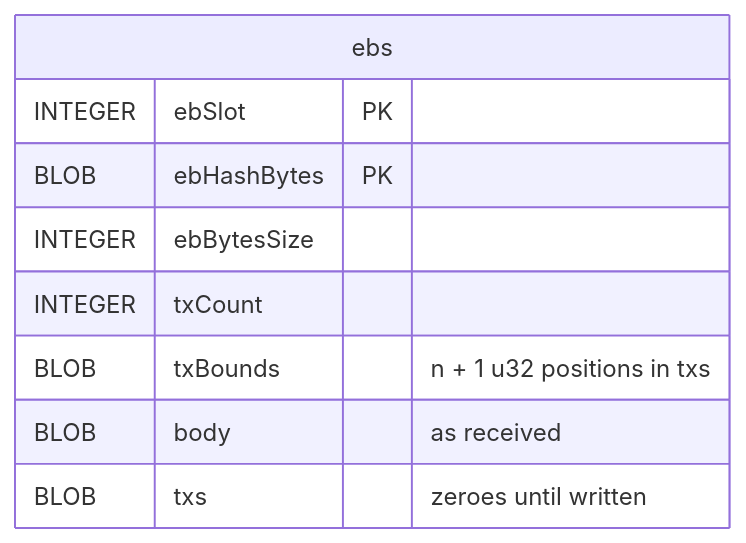
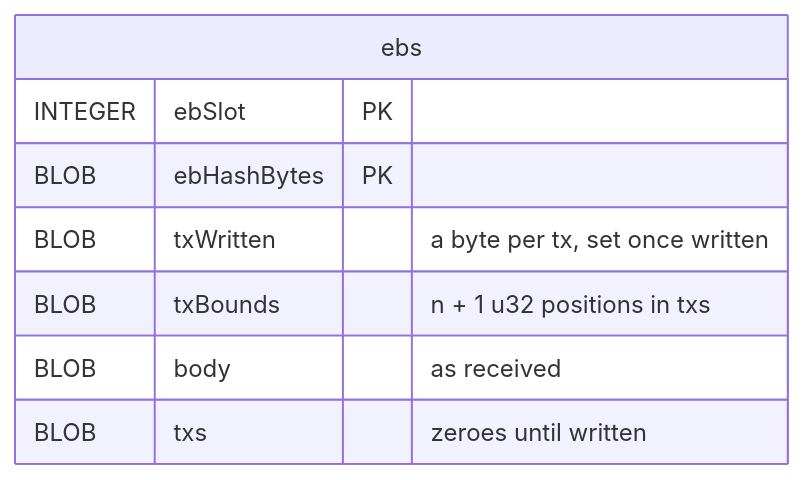
Before and after one commit to IntersectMBO/ouroboros-consensus: the diagram in docs/website/contents/explanations/leiosdb.md, drawn with Mermaid. The commit also changed other lines of this file and 9 other files, not shown here.

````diff
--- a/docs/website/contents/explanations/leiosdb.md
+++ b/docs/website/contents/explanations/leiosdb.md
@@ -32,12 +32,11 @@
 ```mermaid
 erDiagram
     ebs {
         INTEGER ebSlot PK
         BLOB ebHashBytes PK
-        INTEGER ebBytesSize
-        INTEGER txCount
+        BLOB txWritten "a byte per tx, set once written"
         BLOB txBounds "n + 1 u32 positions in txs"
         BLOB body "as received"
         BLOB txs "zeroes until written"
     }
 ```
````
